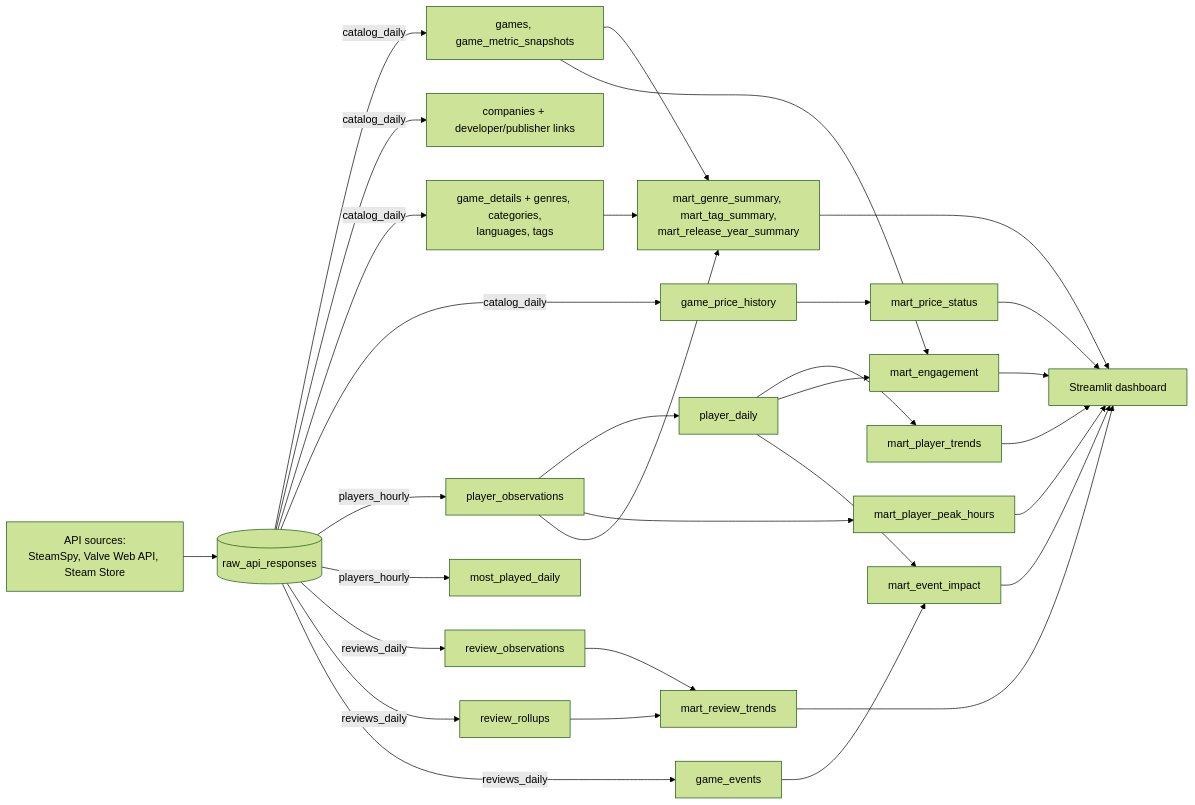
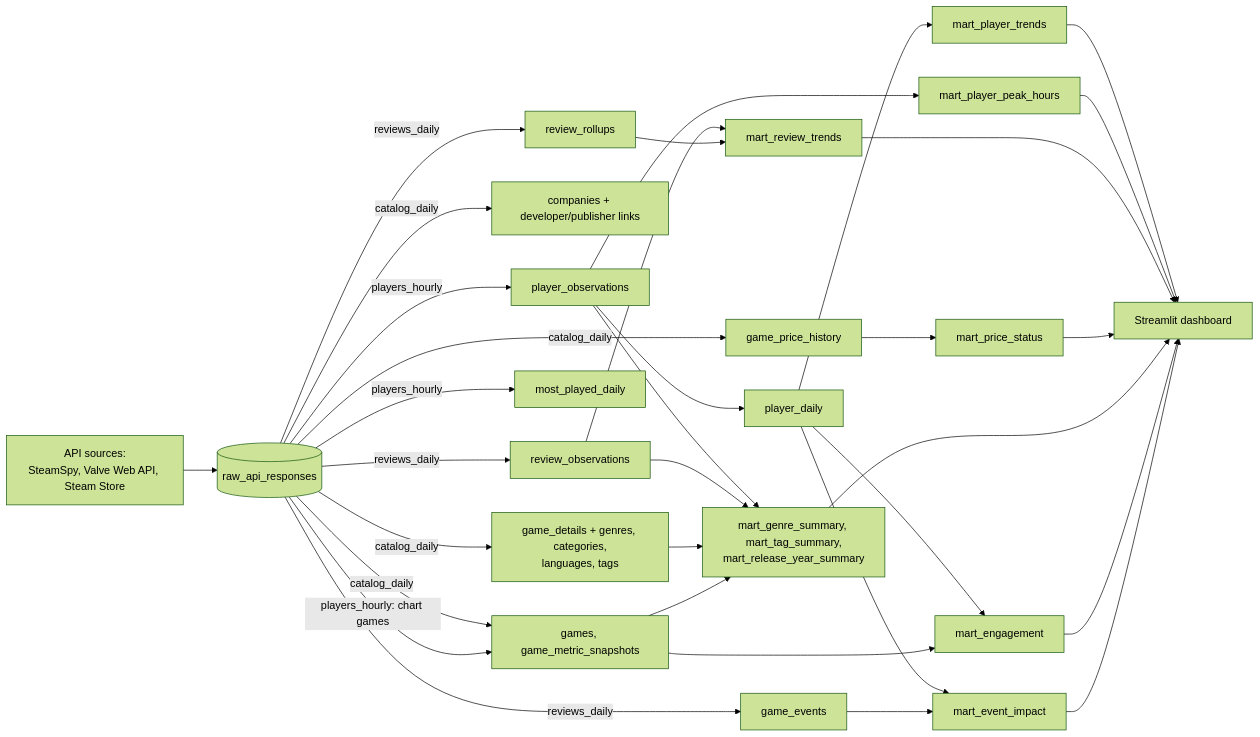
Before and after one commit to infish/steam-data-pipeline: the diagram in docs/lineage.md, drawn with Mermaid (forest theme). The commit also changed other lines of this file and 36 other files, not shown here.

First line of the commit message:
Build the game list from Valve's charts and the Store (ADR 5)

````diff
--- a/docs/lineage.md
+++ b/docs/lineage.md
@@ -7,58 +7,60 @@
 ```mermaid
 flowchart LR
     sources["API sources:<br>SteamSpy, Valve Web API, Steam Store"]
     raw[("raw_api_responses")]
     sources --> raw
 
     games["games, game_metric_snapshots"]
     companies["companies + developer/publisher links"]
     details["game_details + genres, categories,<br>languages, tags"]
     price_history["game_price_history"]
     player_obs["player_observations"]
     player_daily["player_daily"]
     most_played["most_played_daily"]
     review_obs["review_observations"]
     rollups["review_rollups"]
     events["game_events"]
 
     raw -->|catalog_daily| games
     raw -->|catalog_daily| companies
     raw -->|catalog_daily| details
     raw -->|catalog_daily| price_history
     raw -->|players_hourly| player_obs
     raw -->|players_hourly| most_played
+    raw -->|players_hourly: chart games| games
     raw -->|reviews_daily| review_obs
     raw -->|reviews_daily| rollups
     raw -->|reviews_daily| events
     player_obs --> player_daily
 
     trends["mart_player_trends"]
     peak_hours["mart_player_peak_hours"]
     review_trends["mart_review_trends"]
     price_status["mart_price_status"]
     catalog_marts["mart_genre_summary, mart_tag_summary,<br>mart_release_year_summary"]
     engagement["mart_engagement"]
     impact["mart_event_impact"]
 
     player_daily --> trends
     player_daily --> engagement
     player_daily --> impact
     player_obs --> peak_hours
     player_obs --> catalog_marts
     review_obs --> review_trends
+    review_obs --> catalog_marts
     rollups --> review_trends
     price_history --> price_status
     details --> catalog_marts
     games --> catalog_marts
     games --> engagement
     events --> impact
 
     dashboard["Streamlit dashboard"]
     trends --> dashboard
     peak_hours --> dashboard
     review_trends --> dashboard
     price_status --> dashboard
     catalog_marts --> dashboard
     engagement --> dashboard
     impact --> dashboard
 ```
````
